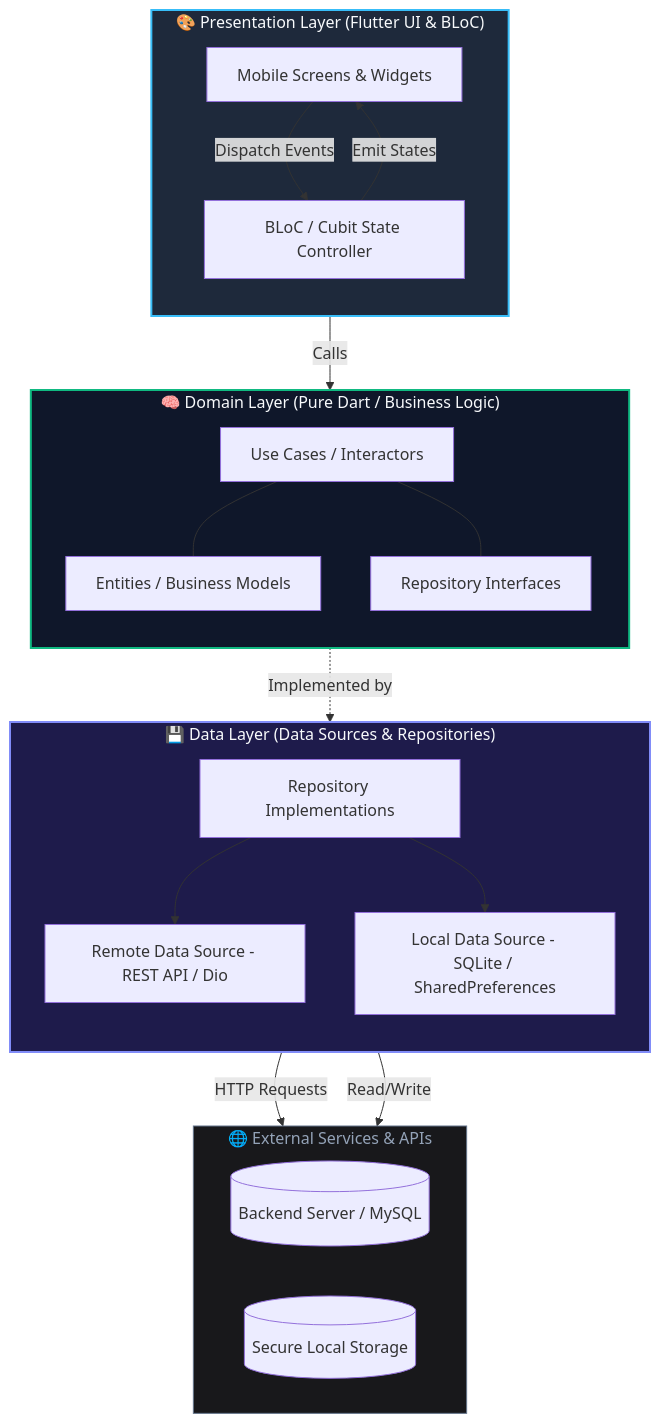
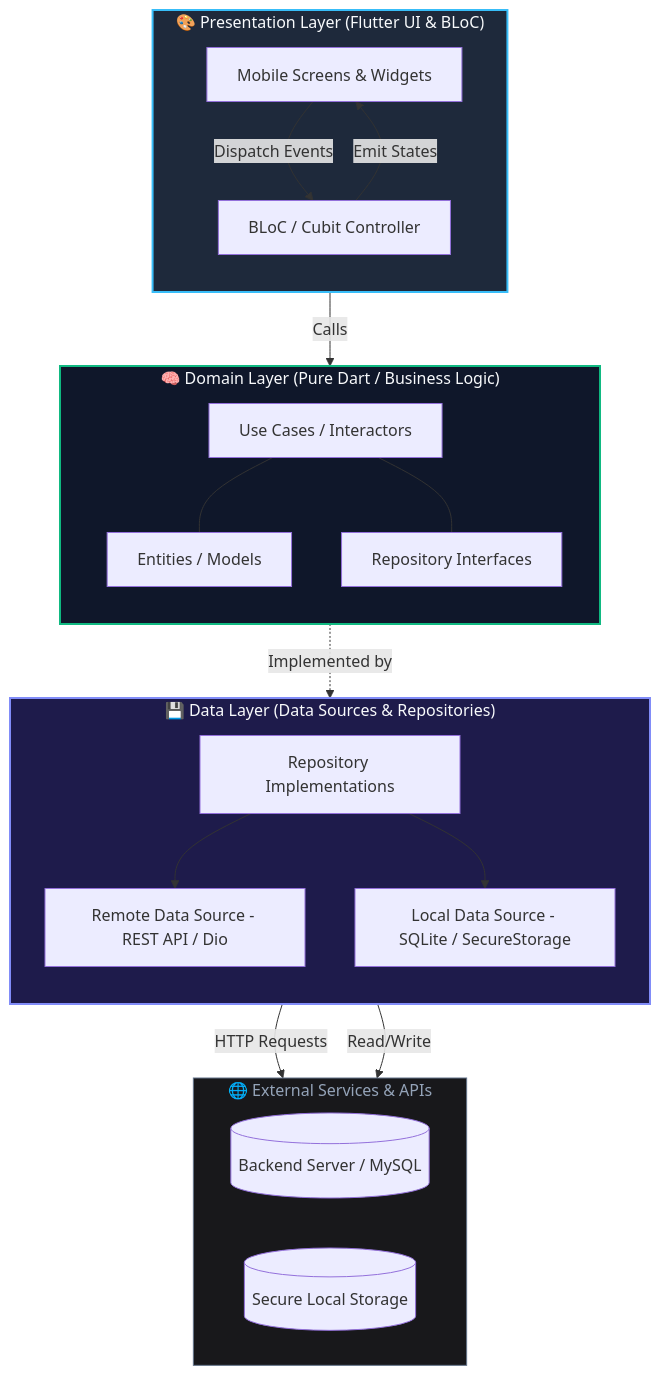
Before and after one commit to Theeraphat-S/portfolio-web: the diagram in README.md, drawn with Mermaid. The commit also changed other lines of this file, not shown here.

````diff
--- a/README.md
+++ b/README.md
@@ -106,48 +103,48 @@
 ```mermaid
 flowchart TD
     subgraph UI_Layer["🎨 Presentation Layer (Flutter UI & BLoC)"]
         direction TB
-        V[Mobile Screens & Widgets] -->|Dispatch Events| B[BLoC / Cubit State Controller]
+        V[Mobile Screens & Widgets] -->|Dispatch Events| B[BLoC / Cubit Controller]
         B -->|Emit States| V
     end
 
     subgraph Domain_Layer["🧠 Domain Layer (Pure Dart / Business Logic)"]
         direction TB
         UC[Use Cases / Interactors]
-        E[Entities / Business Models]
+        E[Entities / Models]
         IR[Repository Interfaces]
         UC --- E
         UC --- IR
     end
 
     subgraph Data_Layer["💾 Data Layer (Data Sources & Repositories)"]
         direction TB
         R[Repository Implementations]
         RDS[Remote Data Source - REST API / Dio]
-        LDS[Local Data Source - SQLite / SharedPreferences]
+        LDS[Local Data Source - SQLite / SecureStorage]
         R --> RDS
         R --> LDS
     end
 
     subgraph External["🌐 External Services & APIs"]
         direction LR
         API[(Backend Server / MySQL)]
         SEC[(Secure Local Storage)]
     end
 
-    %% Layer Connections
+    %% Connections
     B -->|Calls| UC
     IR -.->|Implemented by| R
     RDS -->|HTTP Requests| API
     LDS -->|Read/Write| SEC
 
     classDef ui fill:#1e293b,stroke:#38bdf8,stroke-width:2px,color:#f8fafc;
     classDef domain fill:#0f172a,stroke:#10b981,stroke-width:2px,color:#f8fafc;
     classDef data fill:#1e1b4b,stroke:#818cf8,stroke-width:2px,color:#f8fafc;
     classDef ext fill:#18181b,stroke:#64748b,stroke-width:1px,color:#94a3b8;
 
     class UI_Layer ui;
     class Domain_Layer domain;
     class Data_Layer data;
     class External ext;
 ```
````
